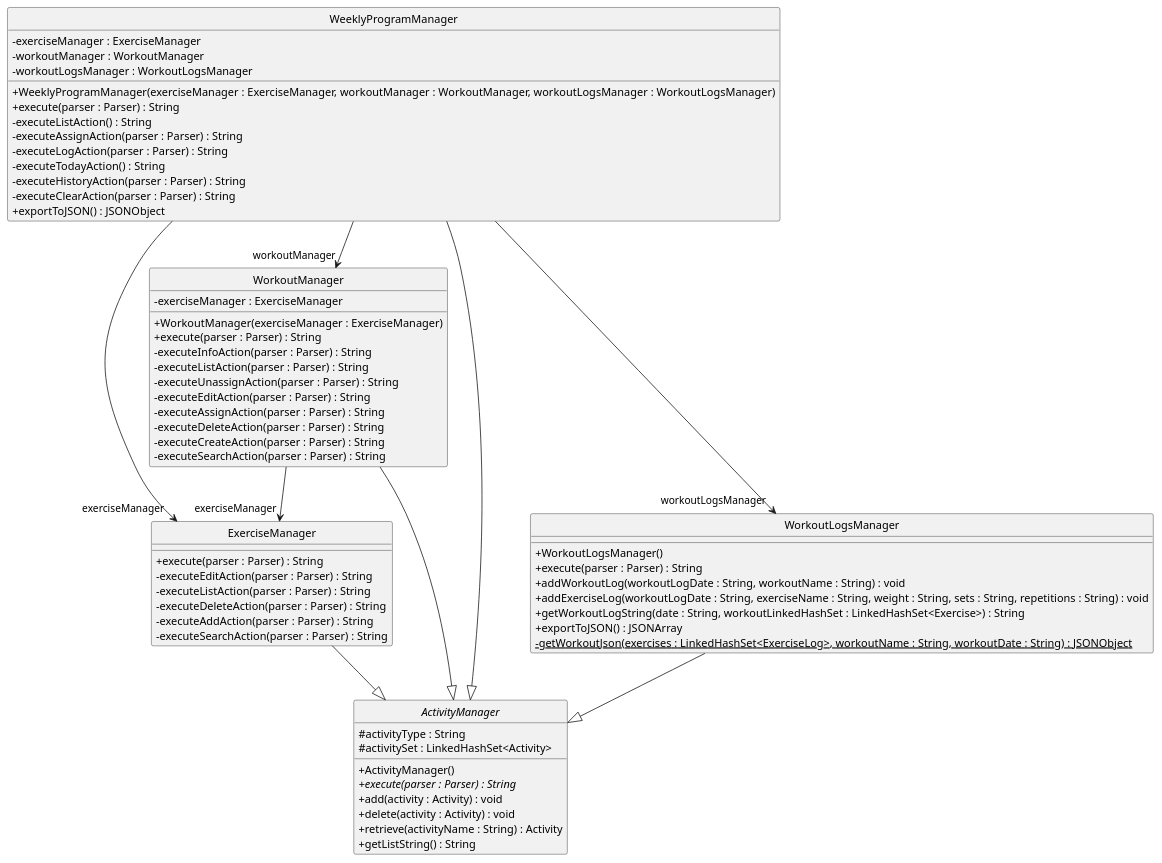
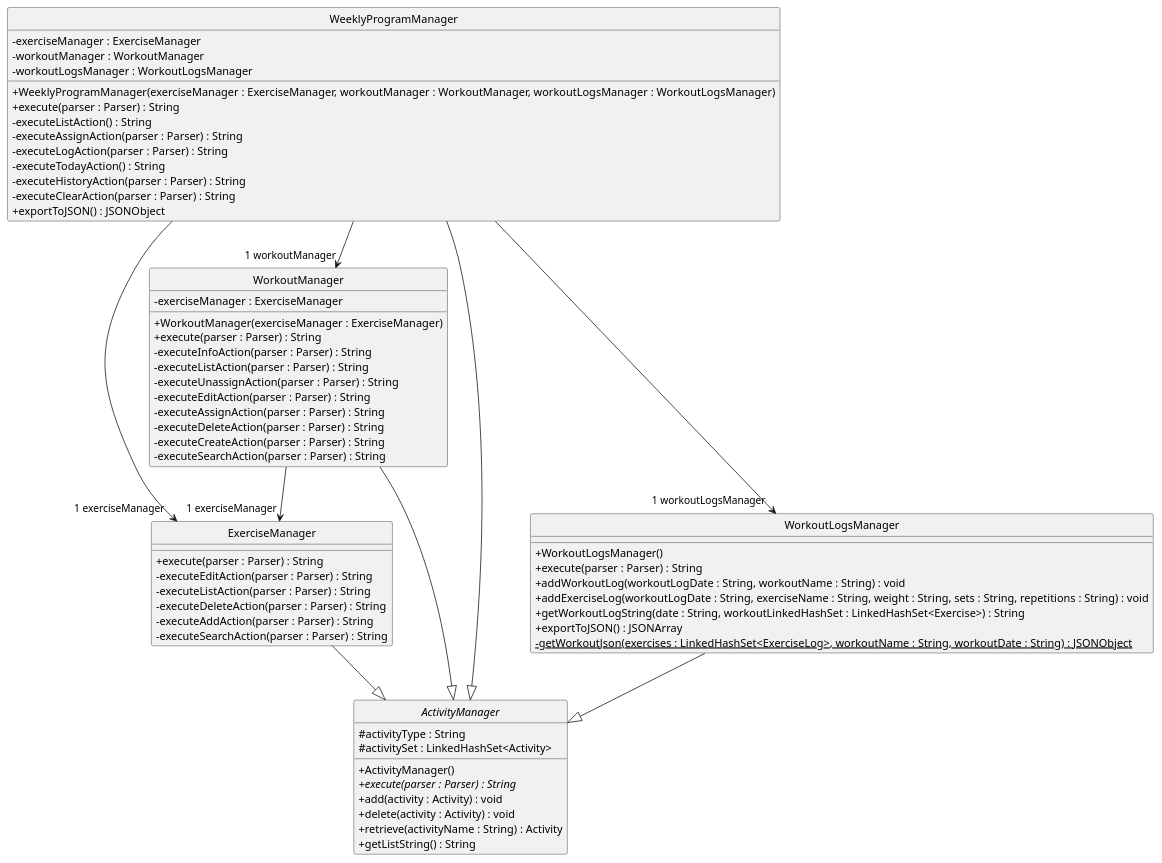
Before and after one commit to joshualeejunyi/tp: the diagram in docs/plantuml/ActivityManagerClassDiagram.puml, drawn with PlantUML. The commit also changed 11 other files, not shown here.

Commit message:
Update UML diagrams

```diff
--- a/docs/plantuml/ActivityManagerClassDiagram.puml
+++ b/docs/plantuml/ActivityManagerClassDiagram.puml
@@ -1,68 +1,68 @@
 @startuml
 skinparam classAttributeIconSize 0
 skinparam style strictuml
 hide circle
 
 class ExerciseManager{
 + execute(parser : Parser) : String
 - executeEditAction(parser : Parser) : String
 - executeListAction(parser : Parser) : String
 - executeDeleteAction(parser : Parser) : String
 - executeAddAction(parser : Parser) : String
 - executeSearchAction(parser : Parser) : String
 }
 ExerciseManager --|> ActivityManager
 class WorkoutManager{
 - exerciseManager : ExerciseManager
 + WorkoutManager(exerciseManager : ExerciseManager)
 + execute(parser : Parser) : String
 - executeInfoAction(parser : Parser) : String
 - executeListAction(parser : Parser) : String
 - executeUnassignAction(parser : Parser) : String
 - executeEditAction(parser : Parser) : String
 - executeAssignAction(parser : Parser) : String
 - executeDeleteAction(parser : Parser) : String
 - executeCreateAction(parser : Parser) : String
 - executeSearchAction(parser : Parser) : String
 }
 WorkoutManager --|> ActivityManager
 class WorkoutLogsManager{
 + WorkoutLogsManager()
 + execute(parser : Parser) : String
 + addWorkoutLog(workoutLogDate : String, workoutName : String) : void
 + addExerciseLog(workoutLogDate : String, exerciseName : String, weight : String, sets : String, repetitions : String) : void
 + getWorkoutLogString(date : String, workoutLinkedHashSet : LinkedHashSet<Exercise>) : String
 + exportToJSON() : JSONArray
 - {static} getWorkoutJson(exercises : LinkedHashSet<ExerciseLog>, workoutName : String, workoutDate : String) : JSONObject
 }
 WorkoutLogsManager --|> ActivityManager
 class WeeklyProgramManager{
 - exerciseManager : ExerciseManager
 - workoutManager : WorkoutManager
 - workoutLogsManager : WorkoutLogsManager
 + WeeklyProgramManager(exerciseManager : ExerciseManager, workoutManager : WorkoutManager, workoutLogsManager : WorkoutLogsManager)
 + execute(parser : Parser) : String
 - executeListAction() : String
 - executeAssignAction(parser : Parser) : String
 - executeLogAction(parser : Parser) : String
 - executeTodayAction() : String
 - executeHistoryAction(parser : Parser) : String
 - executeClearAction(parser : Parser) : String
 + exportToJSON() : JSONObject
 }
 WeeklyProgramManager --|> ActivityManager
 abstract class ActivityManager{
 # activityType : String
 # activitySet : LinkedHashSet<Activity>
 + ActivityManager()
 + {abstract} execute(parser : Parser) : String
 + add(activity : Activity) : void
 + delete(activity : Activity) : void
 + retrieve(activityName : String) : Activity
 + getListString() : String
 }
-WorkoutManager-->"exerciseManager" ExerciseManager
-WeeklyProgramManager-->"exerciseManager" ExerciseManager
-WeeklyProgramManager-->"workoutManager" WorkoutManager
-WeeklyProgramManager-->"workoutLogsManager" WorkoutLogsManager
+WorkoutManager-->"1 exerciseManager" ExerciseManager
+WeeklyProgramManager-->"1 exerciseManager" ExerciseManager
+WeeklyProgramManager-->"1 workoutManager" WorkoutManager
+WeeklyProgramManager-->"1 workoutLogsManager" WorkoutLogsManager
 @enduml
```
